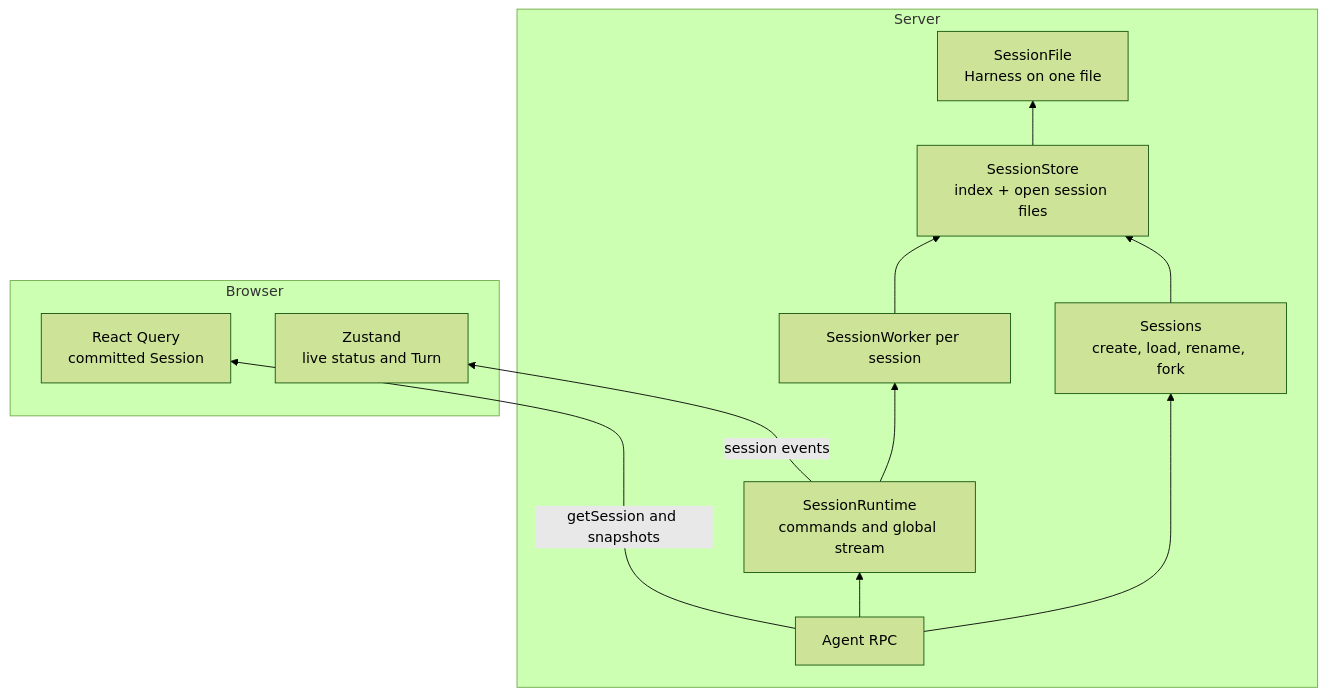
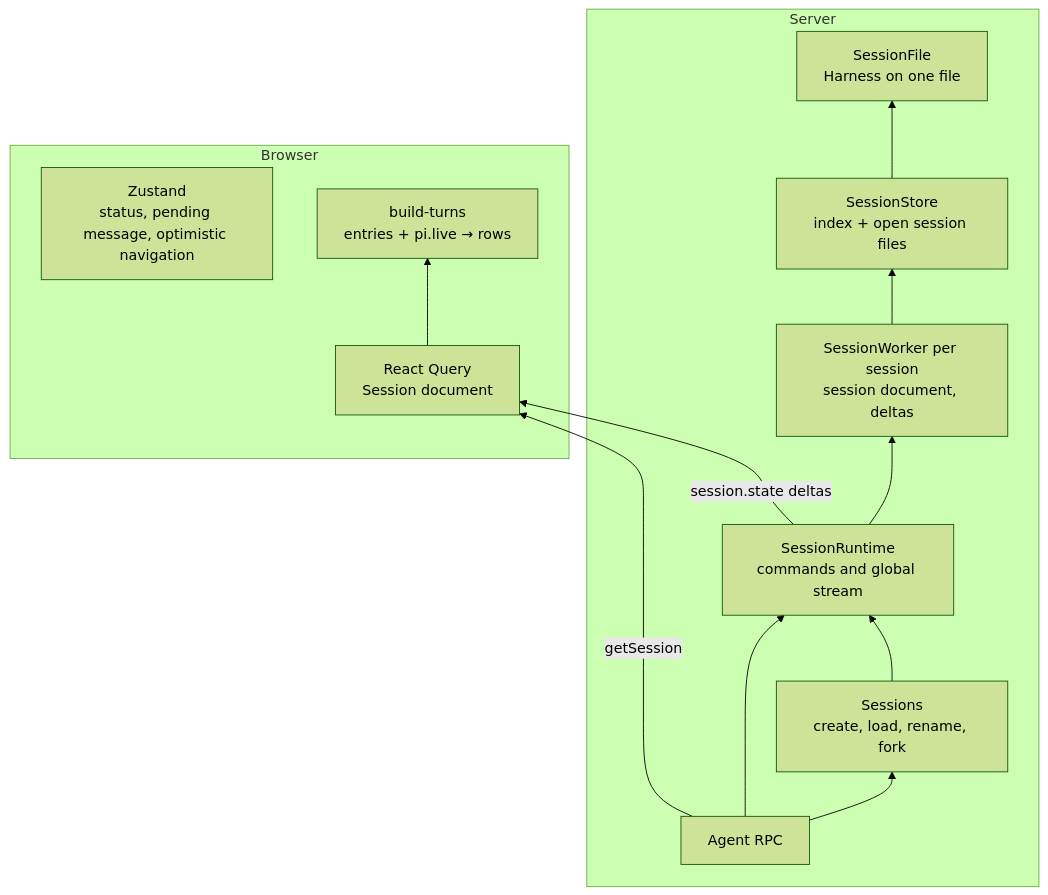
The diagram in docs/internal/session-runtime.md (mattiacerutti/supernova), drawn with Mermaid (forest theme) before and after one commit. The commit also changed other lines of this file and 64 other files, not shown here.

````diff
--- a/docs/internal/session-runtime.md
+++ b/docs/internal/session-runtime.md
@@ -44,26 +38,28 @@
 ```mermaid
 flowchart BT
     subgraph server[Server]
         rpc[Agent RPC]
         sessions["Sessions<br/>create, load, rename, fork"]
         runtimeService["SessionRuntime<br/>commands and global stream"]
-        worker[SessionWorker per session]
+        worker["SessionWorker per session<br/>session document, deltas"]
         store["SessionStore<br/>index + open session files"]
         file["SessionFile<br/>Harness on one file"]
 
         rpc --> sessions
         rpc --> runtimeService
+        sessions --> runtimeService
         runtimeService --> worker
-        sessions --> store
         worker --> store
         store --> file
     end
 
     subgraph browser[Browser]
-        query["React Query<br/>committed Session"]
-        liveStore["Zustand<br/>live status and Turn"]
+        query["React Query<br/>Session document"]
+        liveStore["Zustand<br/>status, pending message, optimistic navigation"]
+        timeline["build-turns<br/>entries + pi.live → rows"]
     end
 
-    rpc -->|getSession and snapshots| query
-    runtimeService -->|session events| liveStore
+    rpc -->|getSession| query
+    runtimeService -->|session.state deltas| query
+    query --> timeline
 ```
````
